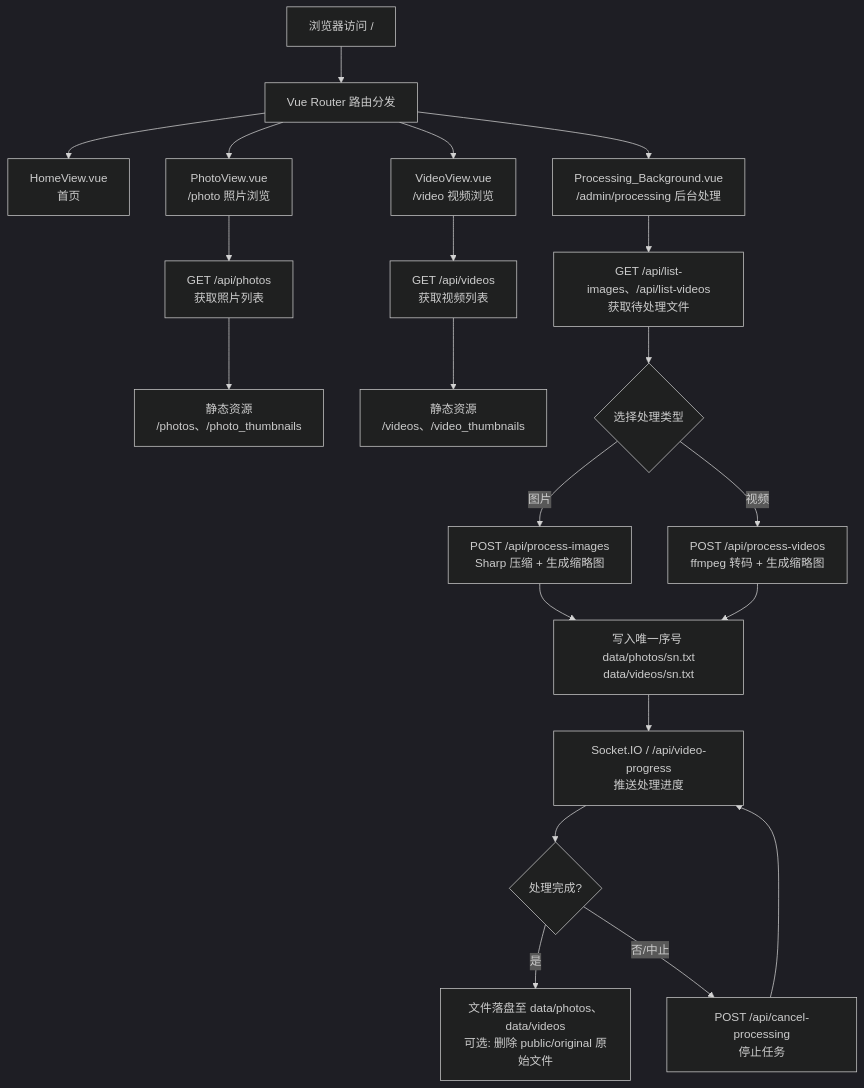
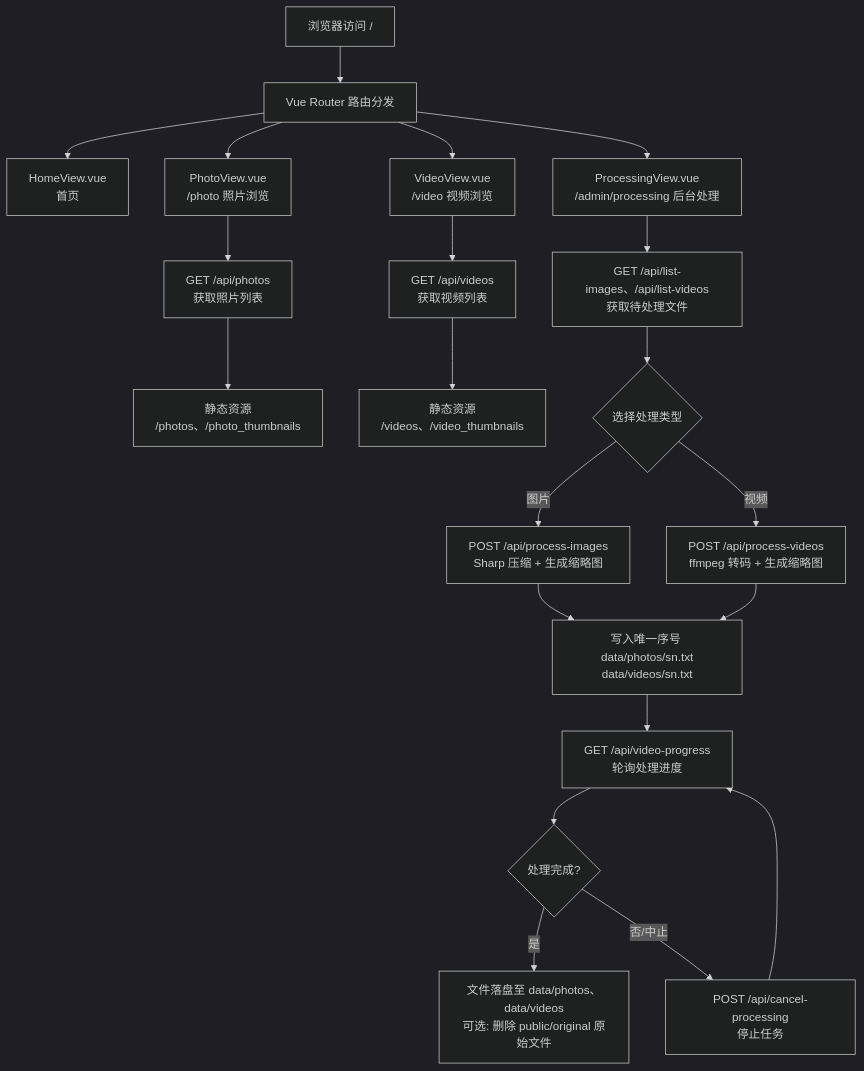
Before and after one commit to szgody/homePhotosVideos: the diagram in .github/copilot-instructions.md, drawn with Mermaid (dark theme). The commit also changed other lines of this file and 13 other files, not shown here.

````diff
--- a/.github/copilot-instructions.md
+++ b/.github/copilot-instructions.md
@@ -5,25 +5,25 @@
 ```mermaid
 flowchart TD
     A[浏览器访问 /] --> B[Vue Router 路由分发]
     B --> C["HomeView.vue<br>首页"]
     B --> D["PhotoView.vue<br>/photo 照片浏览"]
     B --> E["VideoView.vue<br>/video 视频浏览"]
-    B --> F["Processing_Background.vue<br>/admin/processing 后台处理"]
+    B --> F["ProcessingView.vue<br>/admin/processing 后台处理"]
 
     D --> G["GET /api/photos<br>获取照片列表"]
     E --> H["GET /api/videos<br>获取视频列表"]
     G --> I["静态资源<br>/photos、/photo_thumbnails"]
     H --> J["静态资源<br>/videos、/video_thumbnails"]
 
     F --> K["GET /api/list-images、/api/list-videos<br>获取待处理文件"]
     K --> L{选择处理类型}
     L -->|图片| M["POST /api/process-images<br>Sharp 压缩 + 生成缩略图"]
     L -->|视频| N["POST /api/process-videos<br>ffmpeg 转码 + 生成缩略图"]
     M --> O["写入唯一序号 data/photos/sn.txt<br>data/videos/sn.txt"]
     N --> O
-    O --> P["Socket.IO / /api/video-progress<br>推送处理进度"]
+    O --> P["GET /api/video-progress<br>轮询处理进度"]
     P --> Q{处理完成?}
     Q -->|是| R["文件落盘至 data/photos、data/videos<br>可选: 删除 public/original 原始文件"]
     Q -->|否/中止| S["POST /api/cancel-processing<br>停止任务"]
     S --> P
 ```
````
